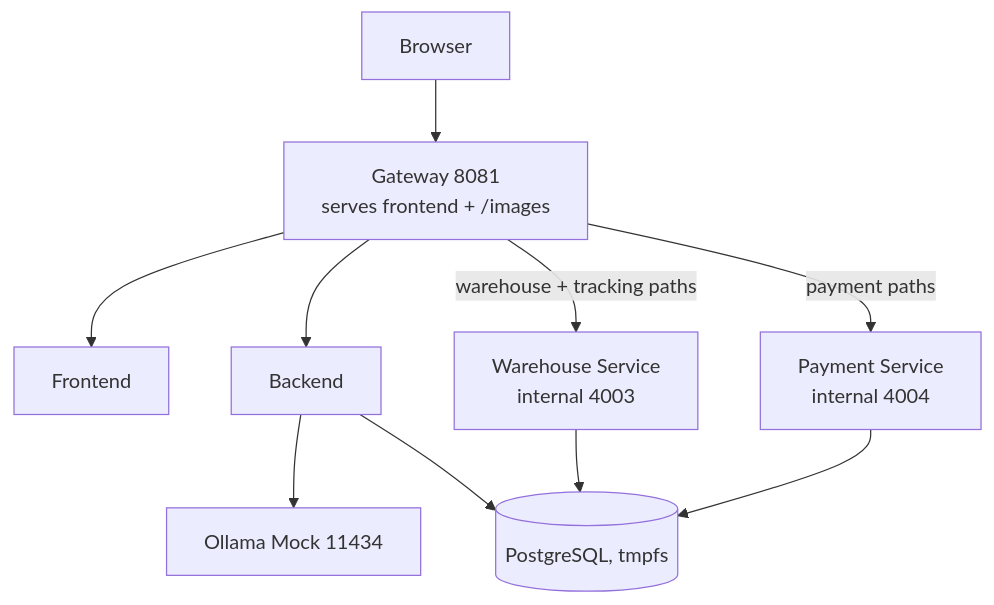
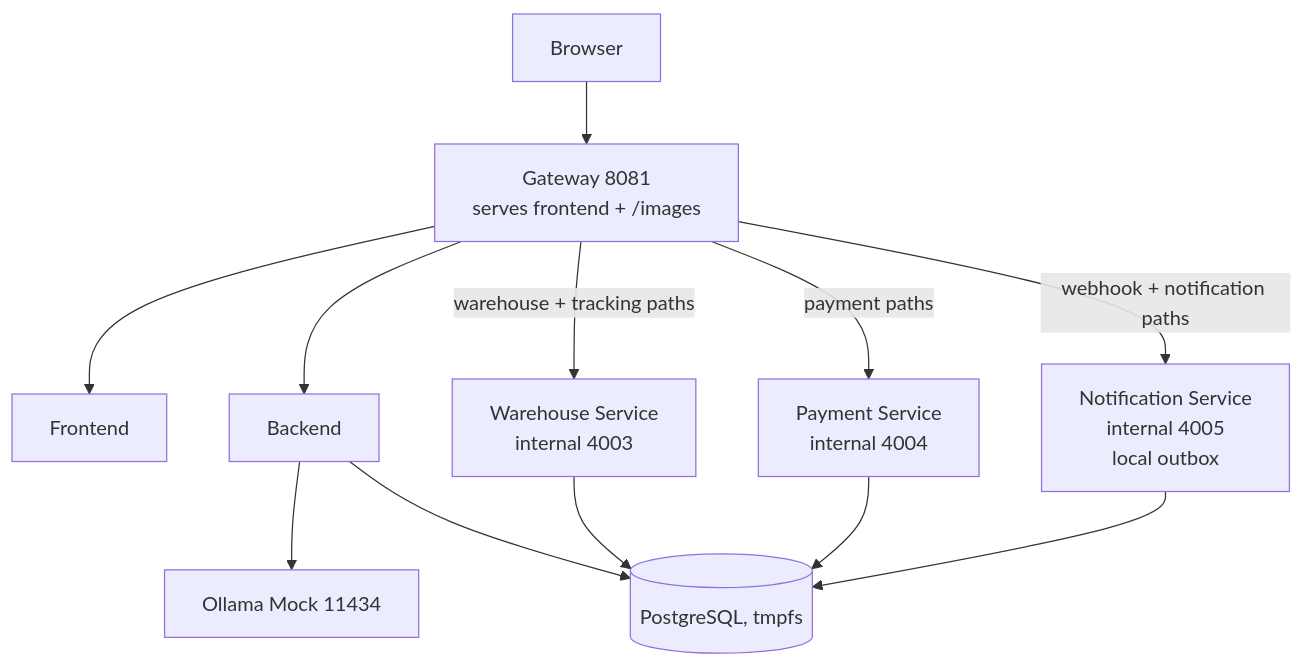
One commit to slawekradzyminski/awesome-localstack changed the first of 6 diagrams in docs/PROFILE_URLS.md. Above: the diagram before and after it, drawn with Mermaid. The commit also changed other lines of this file and 32 other files, not shown here.

First line of the commit message:
Document notification-service, reservations and split shipments

````diff
--- a/docs/PROFILE_URLS.md
+++ b/docs/PROFILE_URLS.md
@@ -47,12 +52,14 @@
 ```mermaid
 flowchart TB
     U[Browser] --> G[Gateway 8081<br/>serves frontend + /images]
     G --> F[Frontend]
     G --> B[Backend]
     G -->|warehouse + tracking paths| W[Warehouse Service<br/>internal 4003]
     G -->|payment paths| PS[Payment Service<br/>internal 4004]
+    G -->|webhook + notification paths| NS[Notification Service<br/>internal 4005<br/>local outbox]
     B --> O[Ollama Mock 11434]
     B --> DB[(PostgreSQL, tmpfs)]
     W --> DB
     PS --> DB
+    NS --> DB
 ```
````
